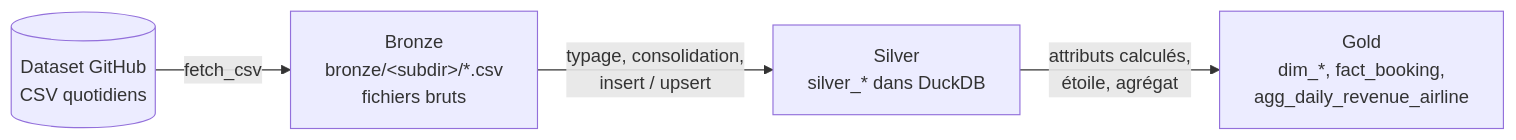
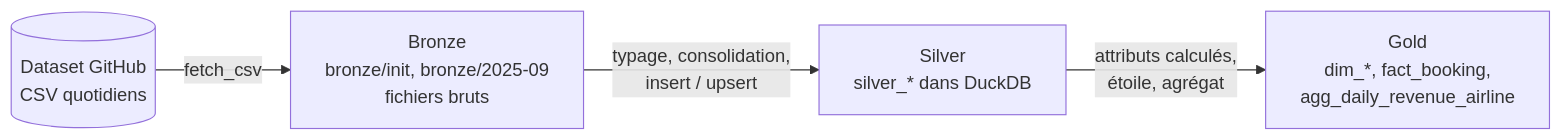
One commit to aminenakrou/tp-polytech-sujet-2026 changed the first of 2 diagrams in DOCUMENTATION.md. Above: the diagram before and after it, drawn with Mermaid. The commit also changed 5 other files, not shown here.

````diff
--- a/DOCUMENTATION.md
+++ b/DOCUMENTATION.md
@@ -54,6 +54,6 @@
 ```mermaid
 flowchart LR
-    S[(Dataset GitHub<br/>CSV quotidiens)] -->|fetch_csv| B[Bronze<br/>bronze/&lt;subdir&gt;/*.csv<br/>fichiers bruts]
+    S[(Dataset GitHub<br/>CSV quotidiens)] -->|fetch_csv| B[Bronze<br/>bronze/init, bronze/2025-09<br/>fichiers bruts]
     B -->|typage, consolidation,<br/>insert / upsert| SV[Silver<br/>silver_* dans DuckDB]
     SV -->|attributs calculés,<br/>étoile, agrégat| G[Gold<br/>dim_*, fact_booking,<br/>agg_daily_revenue_airline]
 ```
````
